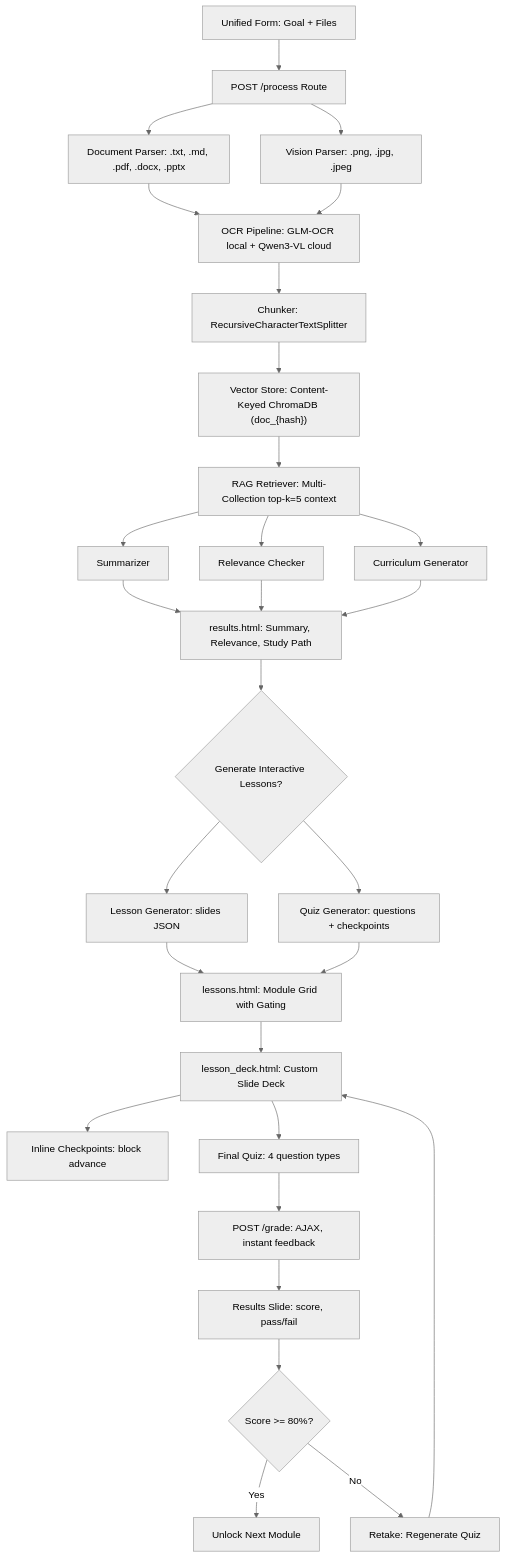
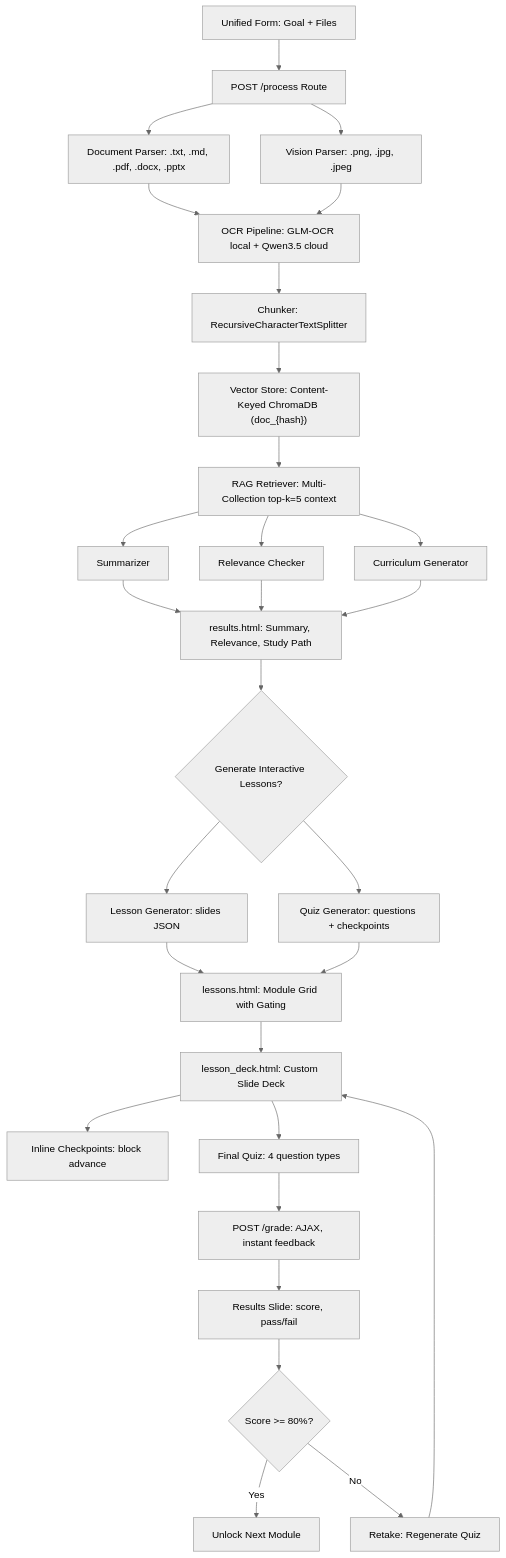
One commit to stephen-cpe/study-and-learn changed the diagram in docs/DESIGN_AND_TESTING.md. Above: the diagram before and after it, drawn with Mermaid (neutral theme). The commit also changed other lines of this file and 14 other files, not shown here.

````diff
--- a/docs/DESIGN_AND_TESTING.md
+++ b/docs/DESIGN_AND_TESTING.md
@@ -14,31 +14,31 @@
 ```mermaid
 flowchart TD
     A["Unified Form: Goal + Files"] --> B["POST /process Route"]
     B --> C["Document Parser: .txt, .md, .pdf, .docx, .pptx"]
     B --> C2["Vision Parser: .png, .jpg, .jpeg"]
-    C --> C3["OCR Pipeline: GLM-OCR local + Qwen3-VL cloud"]
+    C --> C3["OCR Pipeline: GLM-OCR local + Qwen3.5 cloud"]
     C2 --> C3
     C3 --> D["Chunker: RecursiveCharacterTextSplitter"]
     D --> E["Vector Store: Content-Keyed ChromaDB (doc_{hash})"]
     E --> F["RAG Retriever: Multi-Collection top-k=5 context"]
     F --> G["Summarizer"]
     F --> H["Relevance Checker"]
     F --> I["Curriculum Generator"]
     G --> J["results.html: Summary, Relevance, Study Path"]
     H --> J
     I --> J
     J --> K{"Generate Interactive Lessons?"}
     K --> L["Lesson Generator: slides JSON"]
     K --> M["Quiz Generator: questions + checkpoints"]
     L --> N["lessons.html: Module Grid with Gating"]
     M --> N
     N --> O["lesson_deck.html: Custom Slide Deck"]
     O --> P["Inline Checkpoints: block advance"]
     O --> Q["Final Quiz: 4 question types"]
     Q --> R["POST /grade: AJAX, instant feedback"]
     R --> S["Results Slide: score, pass/fail"]
     S --> T{"Score >= 80%?"}
     T -->|Yes| U["Unlock Next Module"]
     T -->|No| V["Retake: Regenerate Quiz"]
     V --> O
 ```
````
